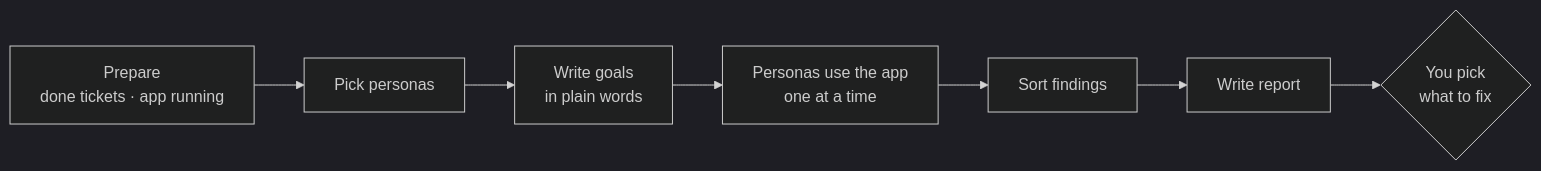
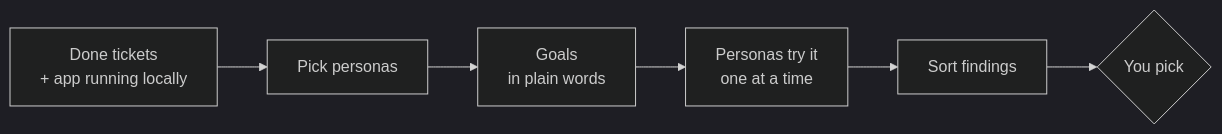
The eighth of 8 diagrams in docs/flow.md (mousemouse094526/kiki-kit), drawn with Mermaid (dark theme) before and after one commit. The commit also changed other lines of this file and 4 other files, not shown here.

First line of the commit message:
docs(flow): rewrite for the single upstream gate; trim build references

````diff
--- a/docs/flow.md
+++ b/docs/flow.md
@@ -307,12 +216,11 @@
 ```mermaid
 flowchart LR
-    S["Prepare<br/>done tickets · app running"]
+    S["Done tickets<br/>+ app running locally"]
     C["Pick personas"]
-    G["Write goals<br/>in plain words"]
-    RUN["Personas use the app<br/>one at a time"]
+    G["Goals<br/>in plain words"]
+    RUN["Personas try it<br/>one at a time"]
     TRI["Sort findings"]
-    REP["Write report"]
-    P{"You pick<br/>what to fix"}
+    P{"You pick"}
 
-    S --> C --> G --> RUN --> TRI --> REP --> P
+    S --> C --> G --> RUN --> TRI --> P
 ```
````
